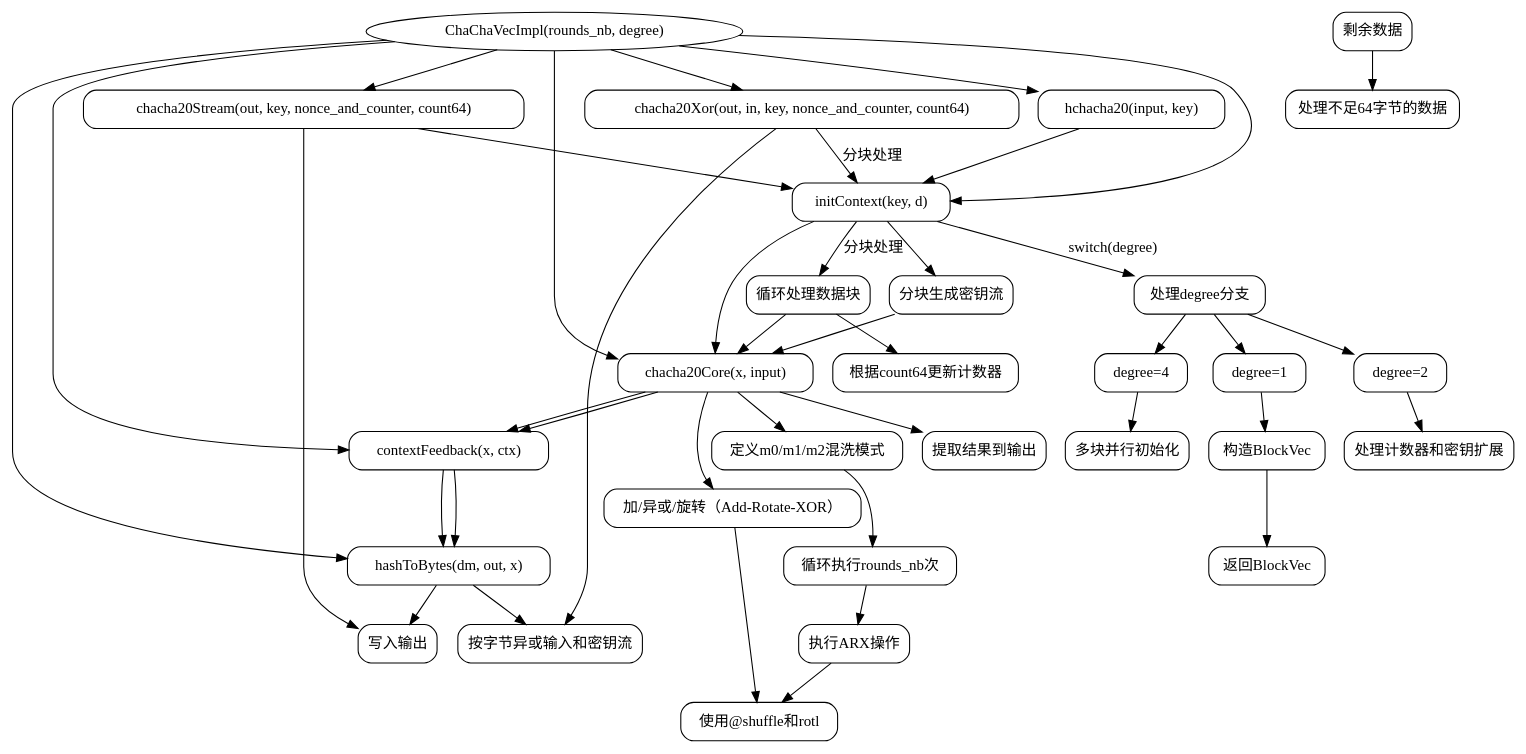
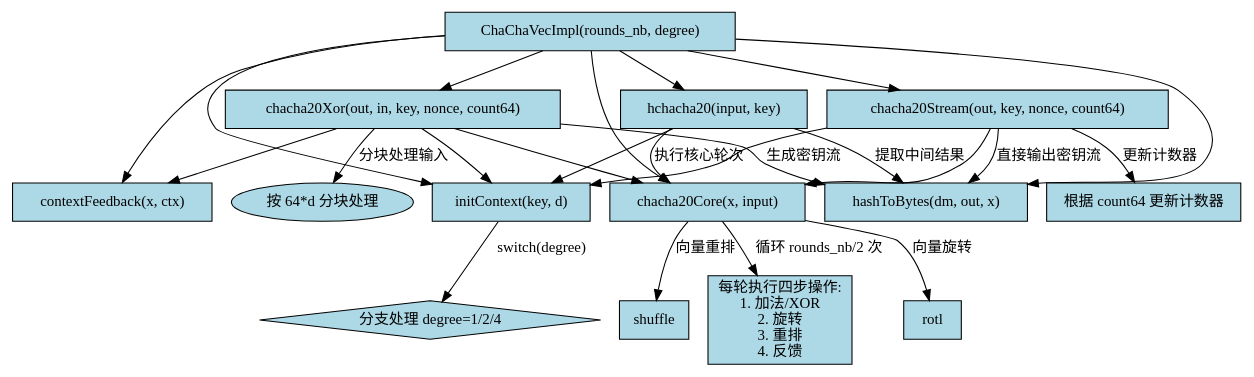
The diagram in dot_std/crypto/chacha20.zig.ChaChaVecImpl.md (sdzx-1/deepseek-zig-reader), drawn with Graphviz before and after one commit. The commit also changed other lines of this file and 236 other files, not shown here.

````diff
--- a/dot_std/crypto/chacha20.zig.ChaChaVecImpl.md
+++ b/dot_std/crypto/chacha20.zig.ChaChaVecImpl.md
@@ -19,54 +15,49 @@
-```dot
+```graphviz
 digraph ChaChaVecImpl {
     rankdir=TB;
-    node [shape=rectangle, style="rounded"];
+    node [shape=rectangle, style=filled, fillcolor=lightblue];
 
-    // 主要函数和结构体
-    ChaChaVecImpl [label="ChaChaVecImpl(rounds_nb, degree)", shape=ellipse];
+    // 主要函数和模块
+    ChaChaVecImpl [label="ChaChaVecImpl(rounds_nb, degree)"];
     initContext [label="initContext(key, d)"];
     chacha20Core [label="chacha20Core(x, input)"];
     hashToBytes [label="hashToBytes(dm, out, x)"];
     contextFeedback [label="contextFeedback(x, ctx)"];
-    chacha20Xor [label="chacha20Xor(out, in, key, nonce_and_counter, count64)"];
-    chacha20Stream [label="chacha20Stream(out, key, nonce_and_counter, count64)"];
+    chacha20Xor [label="chacha20Xor(out, in, key, nonce, count64)"];
+    chacha20Stream [label="chacha20Stream(out, key, nonce, count64)"];
     hchacha20 [label="hchacha20(input, key)"];
 
-    // 主结构关系
+    // 结构体内部关系
     ChaChaVecImpl -> {initContext, chacha20Core, hashToBytes, contextFeedback, chacha20Xor, chacha20Stream, hchacha20};
 
-    // initContext逻辑
-    initContext -> "处理degree分支" [label="switch(degree)"];
-    "处理degree分支" -> {"degree=1", "degree=2", "degree=4"};
-    "degree=1" -> "构造BlockVec";
-    "degree=2" -> "处理计数器和密钥扩展";
-    "degree=4" -> "多块并行初始化";
-    "构造BlockVec" -> "返回BlockVec";
+    // 函数调用关系
+    initContext -> switch_degree [label="switch(degree)"];
+    switch_degree [label="分支处理 degree=1/2/4", shape=diamond];
 
-    // chacha20Core流程
-    chacha20Core -> "定义m0/m1/m2混洗模式" -> "循环执行rounds_nb次" -> "执行ARX操作" -> "混洗和旋转操作";
+    chacha20Core -> rotl [label="向量旋转"];
+    chacha20Core -> shuffle [label="向量重排"];
+    chacha20Core -> rounds_loop [label="循环 rounds_nb/2 次"];
+    rounds_loop [label="每轮执行四步操作:\n1. 加法/XOR\n2. 旋转\n3. 重排\n4. 反馈"];
 
-    // chacha20Xor流程
-    chacha20Xor -> initContext -> "循环处理数据块" [label="分块处理"];
-    "循环处理数据块" -> chacha20Core -> contextFeedback -> hashToBytes -> "异或操作";
-    "循环处理数据块" -> "更新计数器";
-    "剩余数据" -> "处理尾部数据块";
+    chacha20Xor -> initContext;
+    chacha20Xor -> chacha20Core;
+    chacha20Xor -> contextFeedback;
+    chacha20Xor -> hashToBytes [label="生成密钥流"];
+    chacha20Xor -> buffer_loop [label="分块处理输入"];
+    buffer_loop [label="按 64*d 分块处理", shape=ellipse];
 
-    // chacha20Stream流程
-    chacha20Stream -> initContext -> "分块生成密钥流" -> chacha20Core -> contextFeedback -> hashToBytes -> "写入输出";
+    chacha20Stream -> initContext;
+    chacha20Stream -> chacha20Core;
+    chacha20Stream -> hashToBytes [label="直接输出密钥流"];
+    chacha20Stream -> counter_update [label="更新计数器"];
+    counter_update [label="根据 count64 更新计数器"];
 
-    // hchacha20流程
-    hchacha20 -> initContext -> chacha20Core -> "提取结果到输出";
+    hchacha20 -> initContext;
+    hchacha20 -> chacha20Core [label="执行核心轮次"];
+    hchacha20 -> hashToBytes [label="提取中间结果"];
 
-    // 通用操作
-    "ARX操作" [label="加/异或/旋转（Add-Rotate-XOR）"];
-    "混洗和旋转操作" [label="使用@shuffle和rotl"];
-    "更新计数器" [label="根据count64更新计数器"];
-    "处理尾部数据块" [label="处理不足64字节的数据"];
-    "异或操作" [label="按字节异或输入和密钥流"];
-
-    // 连接通用操作
-    chacha20Core -> "ARX操作" -> "混洗和旋转操作";
-    chacha20Xor -> "异或操作";
-    chacha20Stream -> "写入输出";
+    // 辅助节点布局
+    {rank=same; initContext, chacha20Core}
+    {rank=same; chacha20Xor, chacha20Stream}
 }
-``` 
+```
````
